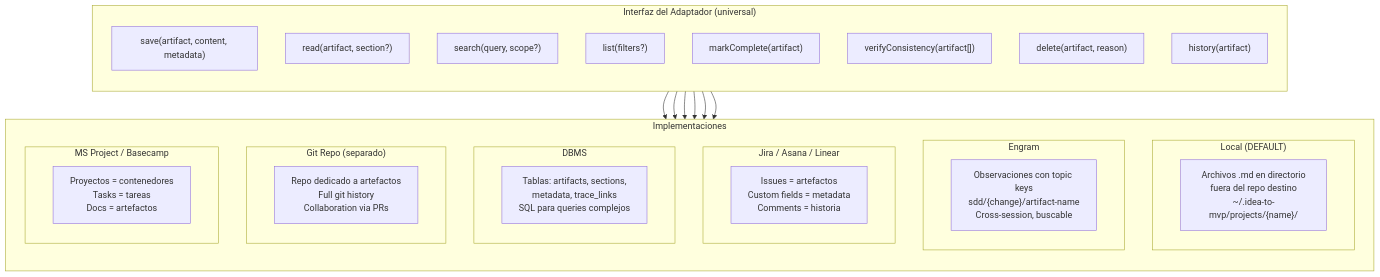
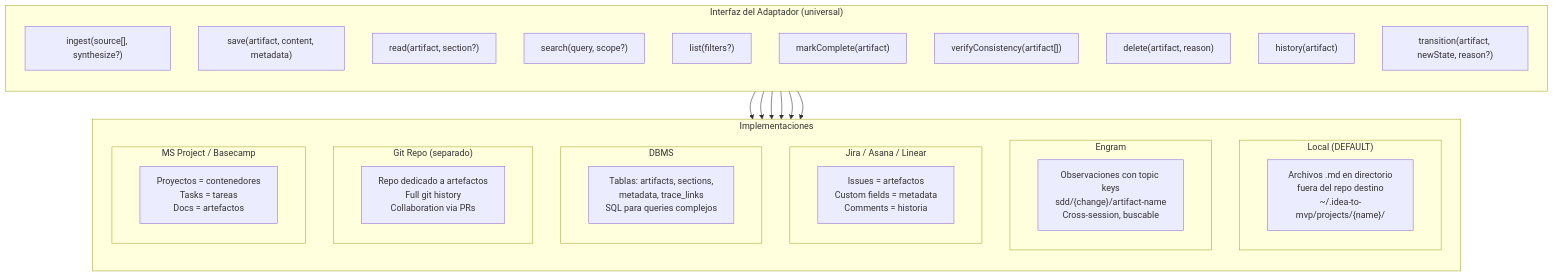
One commit to virgenherrera/idea-to-mvp changed diagram 12 of 19 in docs/artifact-model.md. Above: the diagram before and after it, drawn with Mermaid. The commit also changed other lines of this file and 6 other files, not shown here.

````diff
--- a/docs/artifact-model.md
+++ b/docs/artifact-model.md
@@ -1124,49 +1151,51 @@
 ```mermaid
 flowchart TD
     subgraph INTERFACE["Interfaz del Adaptador (universal)"]
         direction TB
+        INGEST["ingest(source[], synthesize?)"]
         SAVE["save(artifact, content, metadata)"]
         READ_OP["read(artifact, section?)"]
         SEARCH["search(query, scope?)"]
         LIST["list(filters?)"]
         MARK["markComplete(artifact)"]
         VERIFY["verifyConsistency(artifact[])"]
         DELETE["delete(artifact, reason)"]
         HISTORY["history(artifact)"]
+        TRANSITION["transition(artifact, newState, reason?)"]
     end
 
     subgraph ADAPTERS["Implementaciones"]
         direction TB
 
         subgraph DEFAULT["Local (DEFAULT)"]
             DF_DESC["Archivos .md en directorio\nfuera del repo destino\n~/.idea-to-mvp/projects/{name}/"]
         end
 
         subgraph ENGRAM_A["Engram"]
             EN_DESC["Observaciones con topic keys\nsdd/{change}/artifact-name\nCross-session, buscable"]
         end
 
         subgraph JIRA_A["Jira / Asana / Linear"]
             JI_DESC["Issues = artefactos\nCustom fields = metadata\nComments = historia"]
         end
 
         subgraph DB_A["DBMS"]
             DB_DESC["Tablas: artifacts, sections,\nmetadata, trace_links\nSQL para queries complejos"]
         end
 
         subgraph GIT_A["Git Repo (separado)"]
             GIT_DESC["Repo dedicado a artefactos\nFull git history\nCollaboration via PRs"]
         end
 
         subgraph MS_A["MS Project / Basecamp"]
             MS_DESC["Proyectos = contenedores\nTasks = tareas\nDocs = artefactos"]
         end
     end
 
     INTERFACE --> DEFAULT
     INTERFACE --> ENGRAM_A
     INTERFACE --> JIRA_A
     INTERFACE --> DB_A
     INTERFACE --> GIT_A
     INTERFACE --> MS_A
 ```
````
